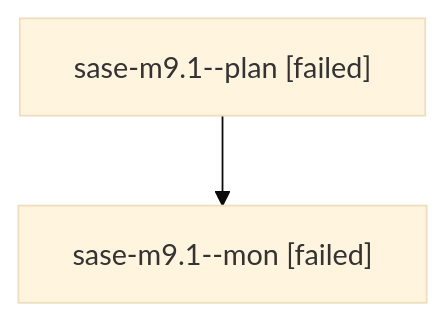
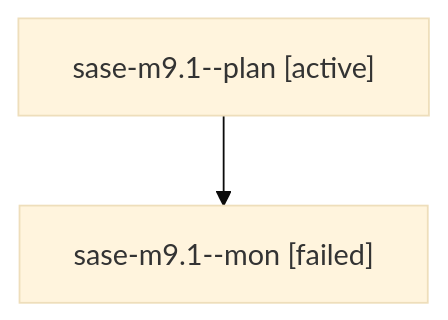
One commit to sase-org/sase--agents changed the diagram in families/bbugyi200.athena.sase-m9.1.md. Above: the diagram before and after it, drawn with Mermaid (base theme). The commit also changed other lines of this file and 35830 other files, not shown here.

````diff
--- a/families/bbugyi200.athena.sase-m9.1.md
+++ b/families/bbugyi200.athena.sase-m9.1.md
@@ -9,6 +9,6 @@
 ```mermaid
 flowchart TD
-  n0["sase-m9.1--plan [failed]"]
+  n0["sase-m9.1--plan [active]"]
   n1["sase-m9.1--mon [failed]"]
   n0 --> n1
 ```
````
